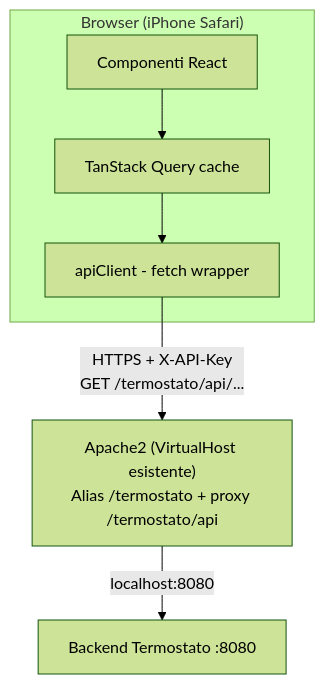
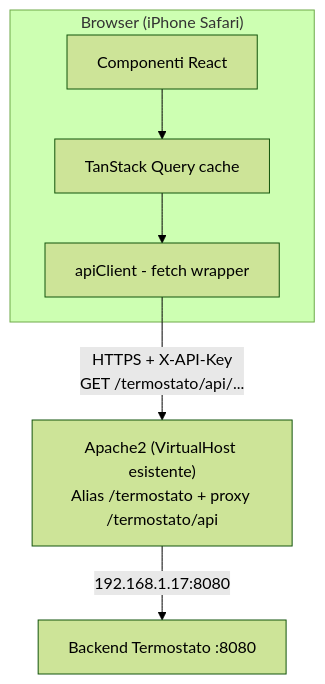
One commit to lelerizzo3/termostato_fe changed the diagram in docs/specifiche-tecniche-frontend.md. Above: the diagram before and after it, drawn with Mermaid (forest theme). The commit also changed other lines of this file and 3 other files, not shown here.

````diff
--- a/docs/specifiche-tecniche-frontend.md
+++ b/docs/specifiche-tecniche-frontend.md
@@ -100,11 +100,11 @@
 ```mermaid
 flowchart TD
   subgraph Browser["Browser (iPhone Safari)"]
     UI[Componenti React]
     RQ[TanStack Query cache]
     API[apiClient - fetch wrapper]
     UI --> RQ --> API
   end
   API -->|"HTTPS + X-API-Key<br/>GET /termostato/api/..."| APACHE["Apache2 (VirtualHost esistente)<br/>Alias /termostato + proxy /termostato/api"]
-  APACHE -->|"localhost:8080"| BE[Backend Termostato :8080]
+  APACHE -->|"192.168.1.17:8080"| BE[Backend Termostato :8080]
 ```
````
